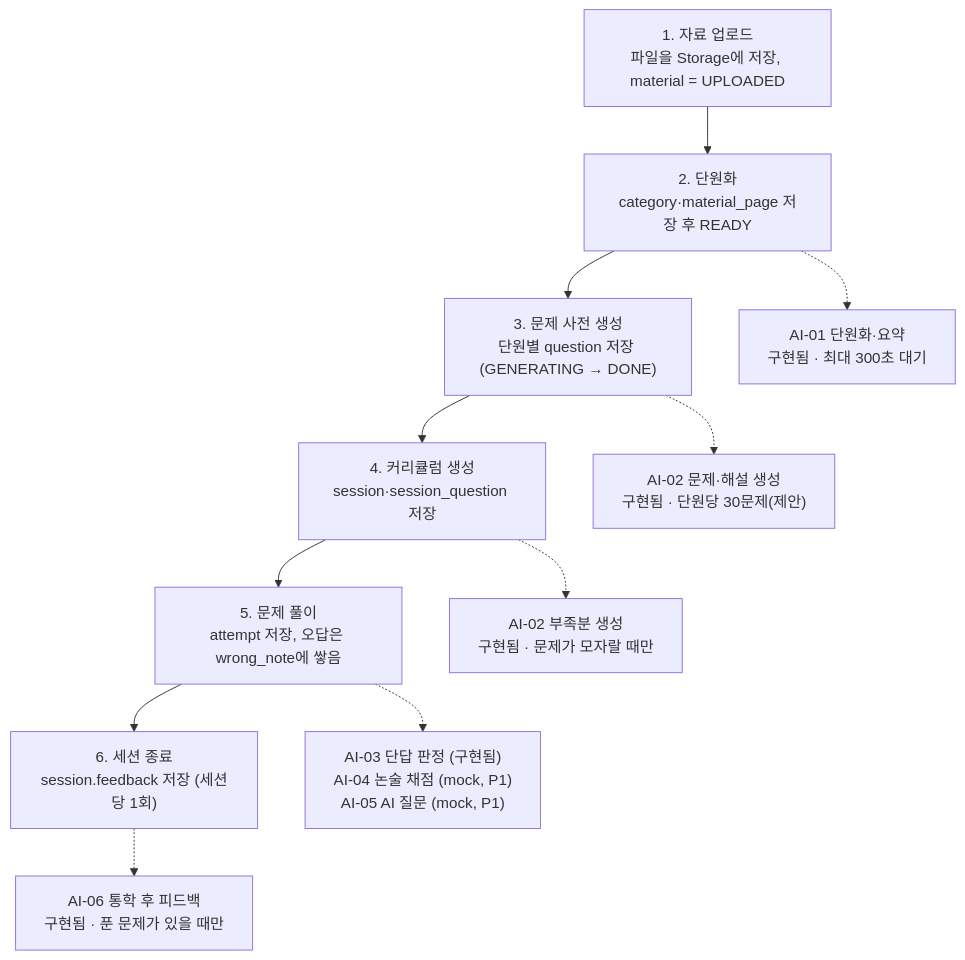
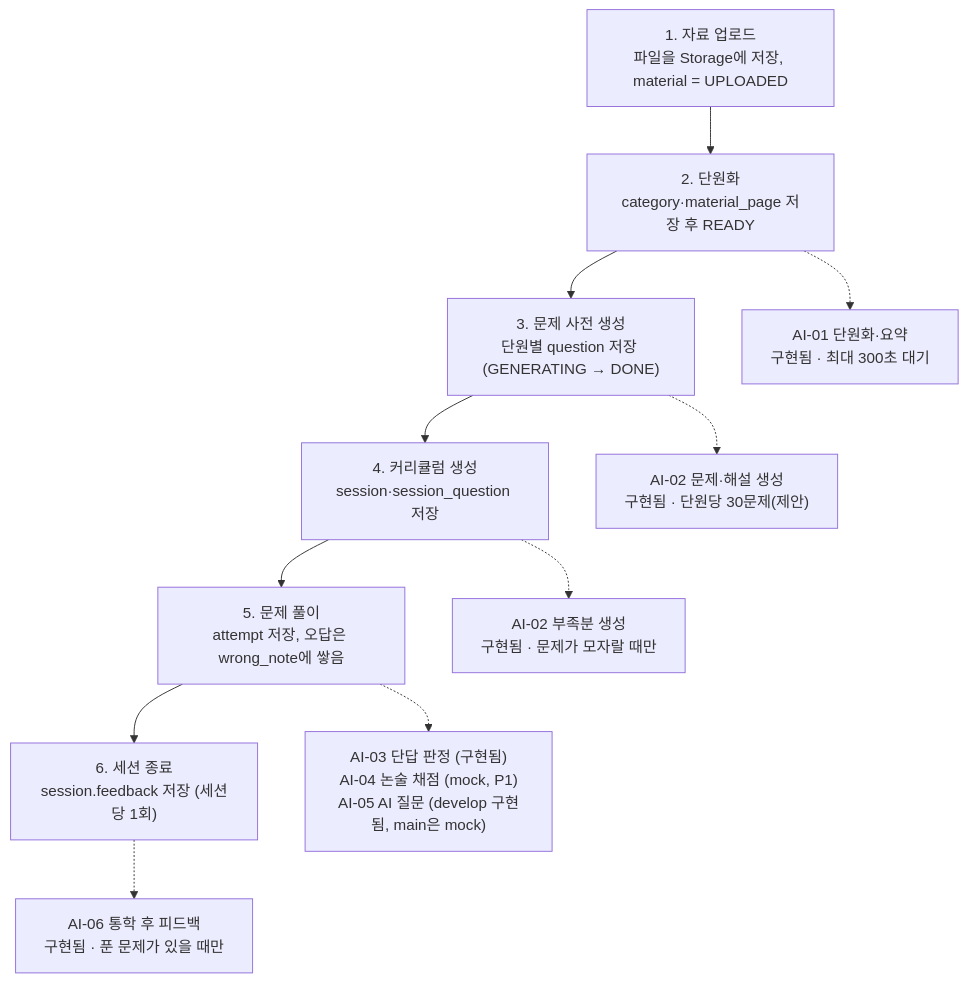
The diagram in docs/AI_서버_백엔드_API_명세.md (Subway-Line-1-Hackathon/commute-study-backend), drawn with Mermaid before and after one commit. The commit also changed other lines of this file, not shown here.

````diff
--- a/docs/AI_서버_백엔드_API_명세.md
+++ b/docs/AI_서버_백엔드_API_명세.md
@@ -528,13 +528,13 @@
 ```mermaid
 flowchart TD
     S1["1. 자료 업로드<br/>파일을 Storage에 저장, material = UPLOADED"] --> S2["2. 단원화<br/>category·material_page 저장 후 READY"]
     S2 --> S3["3. 문제 사전 생성<br/>단원별 question 저장 (GENERATING → DONE)"]
     S3 --> S4["4. 커리큘럼 생성<br/>session·session_question 저장"]
     S4 --> S5["5. 문제 풀이<br/>attempt 저장, 오답은 wrong_note에 쌓음"]
     S5 --> S6["6. 세션 종료<br/>session.feedback 저장 (세션당 1회)"]
     S2 -.-> A1["AI-01 단원화·요약<br/>구현됨 · 최대 300초 대기"]
     S3 -.-> A2["AI-02 문제·해설 생성<br/>구현됨 · 단원당 30문제(제안)"]
     S4 -.-> A3["AI-02 부족분 생성<br/>구현됨 · 문제가 모자랄 때만"]
-    S5 -.-> A4["AI-03 단답 판정 (구현됨)<br/>AI-04 논술 채점 (mock, P1)<br/>AI-05 AI 질문 (mock, P1)"]
+    S5 -.-> A4["AI-03 단답 판정 (구현됨)<br/>AI-04 논술 채점 (mock, P1)<br/>AI-05 AI 질문 (develop 구현됨, main은 mock)"]
     S6 -.-> A5["AI-06 통학 후 피드백<br/>구현됨 · 푼 문제가 있을 때만"]
 ```
````
